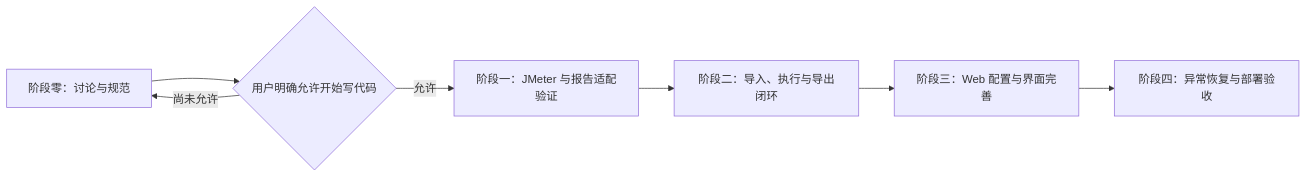
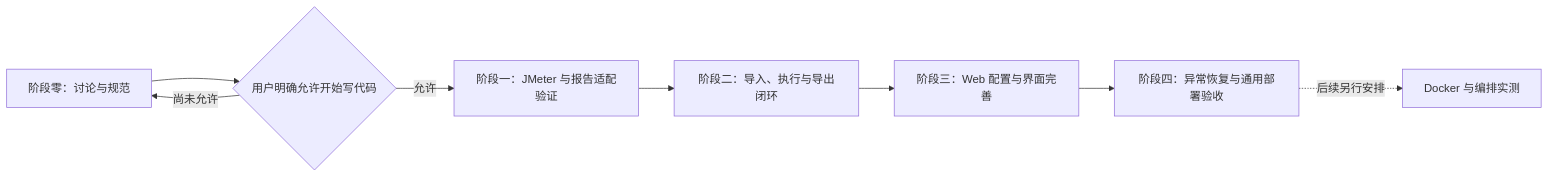
One commit to Honkey-y/docs changed the first of 2 diagrams in 压测平台/规划/首版实施规划.md. Above: the diagram before and after it, drawn with Mermaid. The commit also changed other lines of this file and 16 other files, not shown here.

````diff
--- a/压测平台/规划/首版实施规划.md
+++ b/压测平台/规划/首版实施规划.md
@@ -20,9 +22,10 @@
 ```mermaid
 flowchart LR
   A[阶段零：讨论与规范] --> G{用户明确允许开始写代码}
   G -->|尚未允许| A
   G -->|允许| B[阶段一：JMeter 与报告适配验证]
   B --> C[阶段二：导入、执行与导出闭环]
   C --> D[阶段三：Web 配置与界面完善]
-  D --> E[阶段四：异常恢复与部署验收]
+  D --> E[阶段四：异常恢复与通用部署验收]
+  E -. 后续另行安排 .-> F[Docker 与编排实测]
 ```
````
